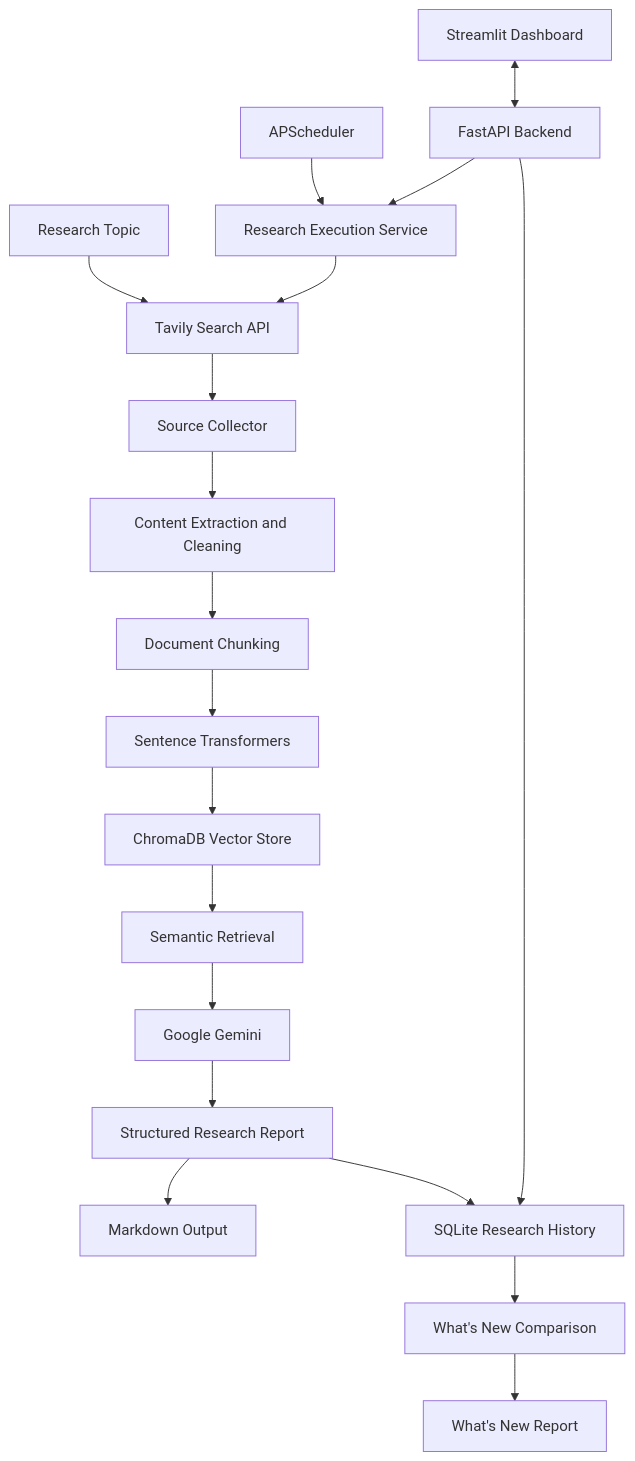
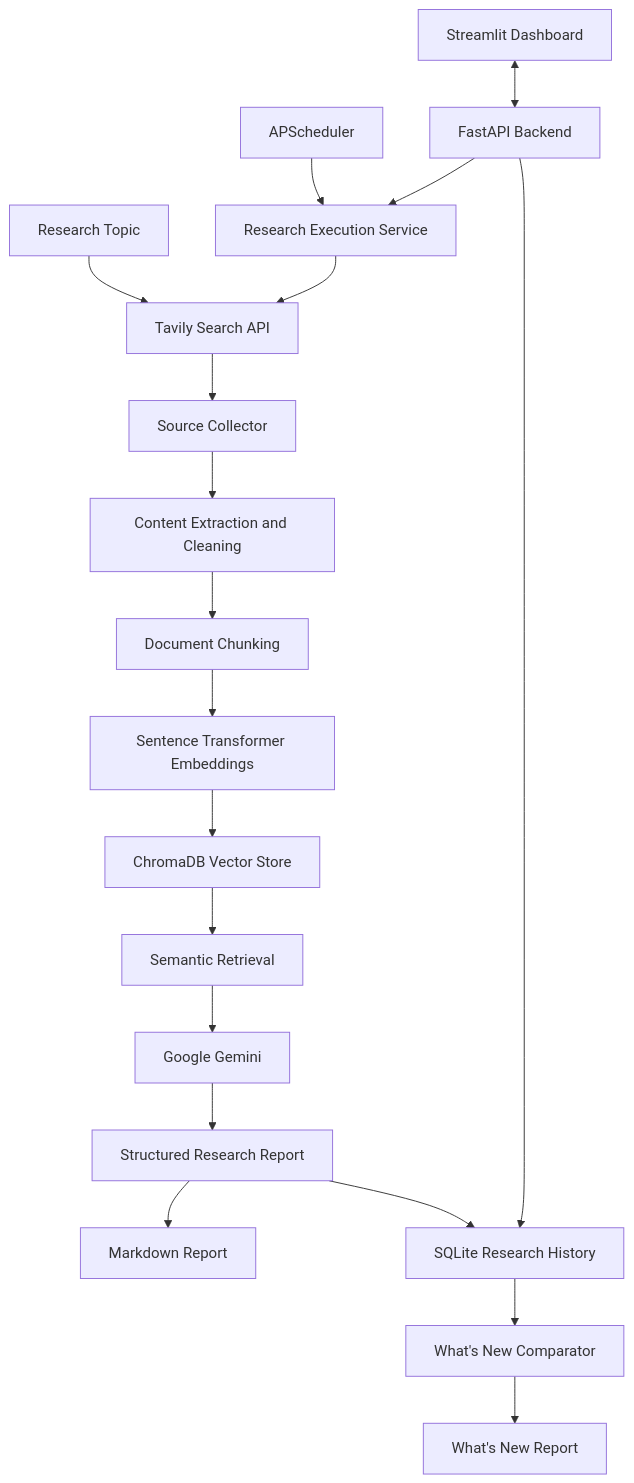
Before and after one commit to DSUCS0018/AutoResearch-AI: the diagram in README.md, drawn with Mermaid. The commit also changed other lines of this file, not shown here.

````diff
--- a/README.md
+++ b/README.md
@@ -58,23 +44,23 @@
 ```mermaid
 flowchart TD
     A[Research Topic] --> B[Tavily Search API]
     B --> C[Source Collector]
     C --> D[Content Extraction and Cleaning]
     D --> E[Document Chunking]
-    E --> F[Sentence Transformers]
+    E --> F[Sentence Transformer Embeddings]
     F --> G[ChromaDB Vector Store]
     G --> H[Semantic Retrieval]
     H --> I[Google Gemini]
     I --> J[Structured Research Report]
-    J --> K[Markdown Output]
+    J --> K[Markdown Report]
     J --> L[SQLite Research History]
-    L --> M[What's New Comparison]
+    L --> M[What's New Comparator]
     M --> N[What's New Report]
 
     O[APScheduler] --> P[Research Execution Service]
     P --> B
 
     Q[Streamlit Dashboard] <--> R[FastAPI Backend]
     R --> P
     R --> L
 ```
````
